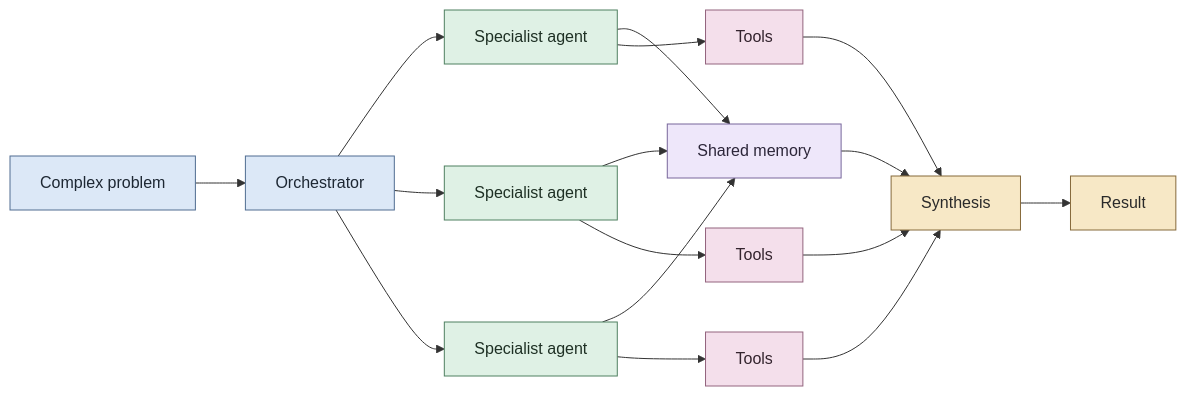
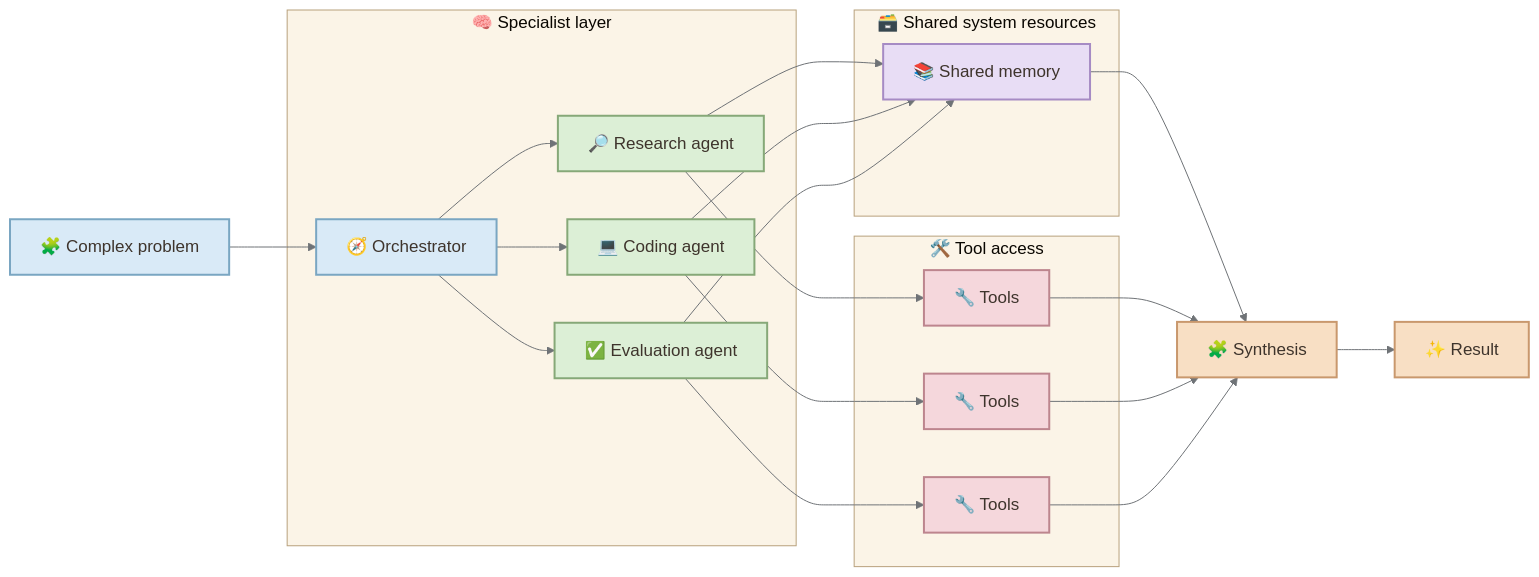
Before and after one commit to enogrob/enogrob.github.io: the first of 4 diagrams in _posts/2026-09-19-from-society-of-mind-to-societies-of-ai-agents.md, drawn with Mermaid. The commit also changed other lines of this file and 4 other files, not shown here.

````diff
--- a/_posts/2026-09-19-from-society-of-mind-to-societies-of-ai-agents.md
+++ b/_posts/2026-09-19-from-society-of-mind-to-societies-of-ai-agents.md
@@ -34,33 +34,41 @@
 ```mermaid!
+%%{init: {'theme':'base','flowchart':{'useMaxWidth':true,'htmlLabels':true,'nodeSpacing':48,'rankSpacing':58,'curve':'basis'},'themeVariables':{'background':'#FFF8EF','primaryTextColor':'#3E342C','lineColor':'#6F7377','fontFamily':'Trebuchet MS, Verdana, sans-serif','fontSize':'17px','clusterBkg':'#FBF4E7','clusterBorder':'#B8A17D'}}}%%
 flowchart LR
-    G["Complex problem"] --> O["Orchestrator"]
-    O --> A1["Specialist agent"]
-    O --> A2["Specialist agent"]
-    O --> A3["Specialist agent"]
+    G["🧩 Complex problem"] --> O["🧭 Orchestrator"]
 
-    A1 --> M["Shared memory"]
-    A2 --> M
-    A3 --> M
+    subgraph S1["🧠 Specialist layer"]
+      O --> A1["🔎 Research agent"]
+      O --> A2["💻 Coding agent"]
+      O --> A3["✅ Evaluation agent"]
+    end
 
-    A1 --> T1["Tools"]
-    A2 --> T2["Tools"]
-    A3 --> T3["Tools"]
+    subgraph S2["🗃️ Shared system resources"]
+      A1 --> M["📚 Shared memory"]
+      A2 --> M
+      A3 --> M
+    end
 
-    M --> S["Synthesis"]
+    subgraph S3["🛠️ Tool access"]
+      A1 --> T1["🔧 Tools"]
+      A2 --> T2["🔧 Tools"]
+      A3 --> T3["🔧 Tools"]
+    end
+
+    M --> S["🧩 Synthesis"]
     T1 --> S
     T2 --> S
     T3 --> S
-    S --> R["Result"]
+    S --> R["✨ Result"]
 
-    classDef core fill:#dce8f7,stroke:#506d91,color:#1d2733;
-    classDef agent fill:#dff1e5,stroke:#4f8060,color:#1e3024;
-    classDef tool fill:#f4dfeb,stroke:#93647e,color:#34242e;
-    classDef mem fill:#eee7fa,stroke:#78679b,color:#2c2639;
-    classDef result fill:#f7e8c6,stroke:#866a3b,color:#292929;
+    classDef orchestrator fill:#D9EAF7,stroke:#7AA6C2,color:#3E342C,stroke-width:2px;
+    classDef specialist fill:#DCEFD6,stroke:#86A878,color:#3E342C,stroke-width:2px;
+    classDef tool fill:#F5D7DC,stroke:#BD858E,color:#3E342C,stroke-width:2px;
+    classDef memory fill:#E8DDF5,stroke:#A68BC4,color:#3E342C,stroke-width:2px;
+    classDef result fill:#F8DFC4,stroke:#C9986D,color:#3E342C,stroke-width:2px;
 
-    class G,O core;
-    class A1,A2,A3 agent;
+    class G,O orchestrator;
+    class A1,A2,A3 specialist;
     class T1,T2,T3 tool;
-    class M mem;
+    class M memory;
     class S,R result;
 ```
````
